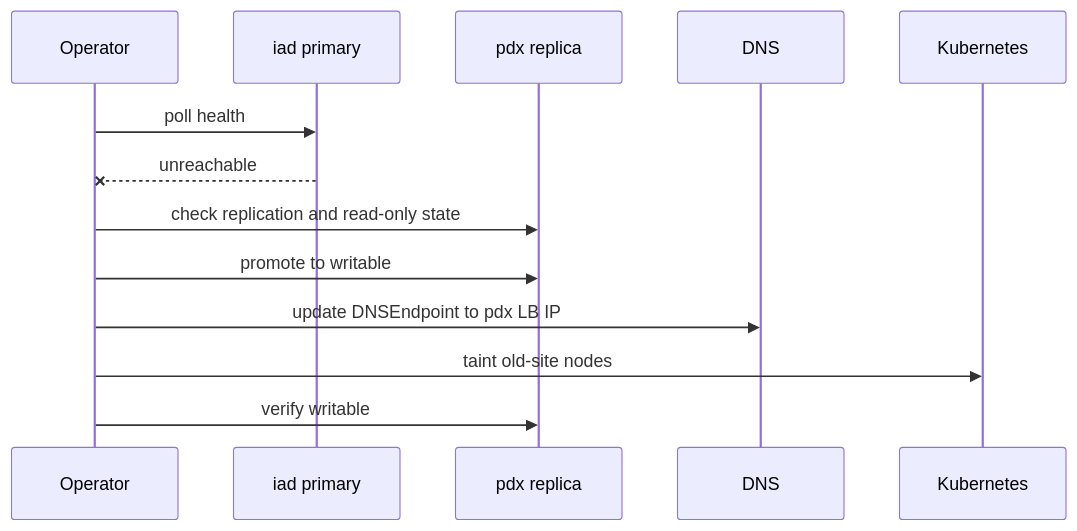
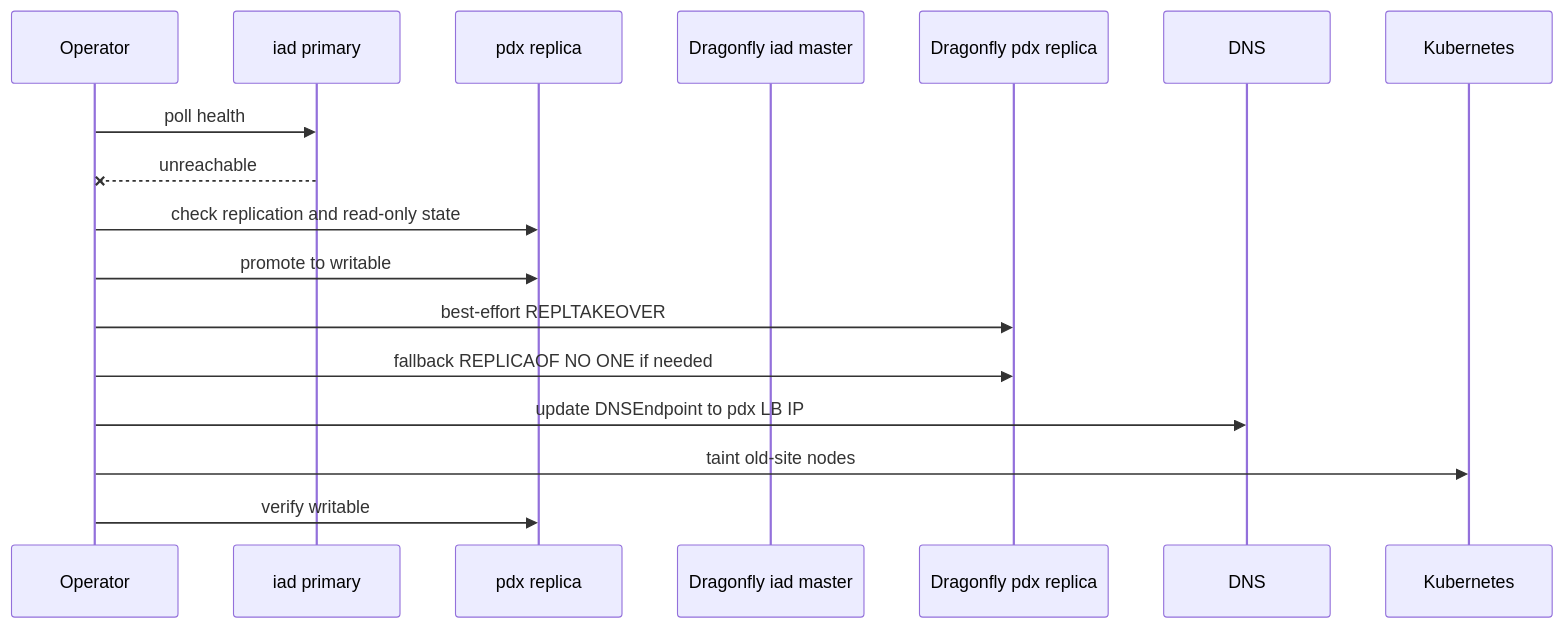
The second of 9 diagrams in docs/docs/architecture-diagrams.mdx (ShipStream/bloodraven), drawn with Mermaid before and after one commit. The commit also changed other lines of this file and 17 other files, not shown here.

````diff
--- a/docs/docs/architecture-diagrams.mdx
+++ b/docs/docs/architecture-diagrams.mdx
@@ -26,15 +31,19 @@
 ```mermaid
 sequenceDiagram
   participant O as Operator
   participant A as iad primary
   participant B as pdx replica
+  participant DA as Dragonfly iad master
+  participant DB as Dragonfly pdx replica
   participant D as DNS
   participant K as Kubernetes
   O->>A: poll health
   A--xO: unreachable
   O->>B: check replication and read-only state
   O->>B: promote to writable
+  O->>DB: best-effort REPLTAKEOVER
+  O->>DB: fallback REPLICAOF NO ONE if needed
   O->>D: update DNSEndpoint to pdx LB IP
   O->>K: taint old-site nodes
   O->>B: verify writable
 ```
````
